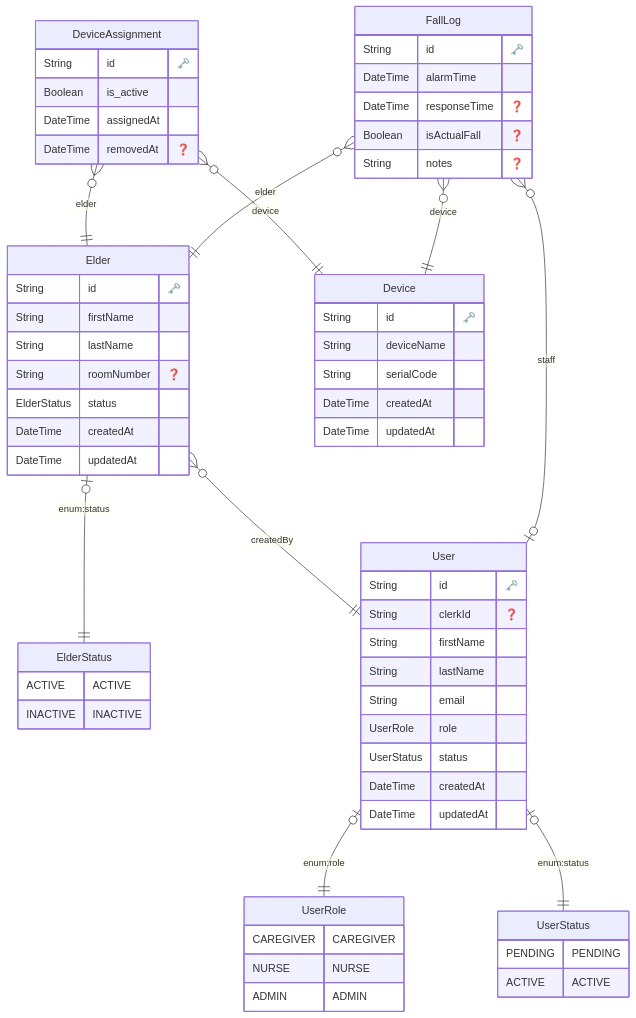
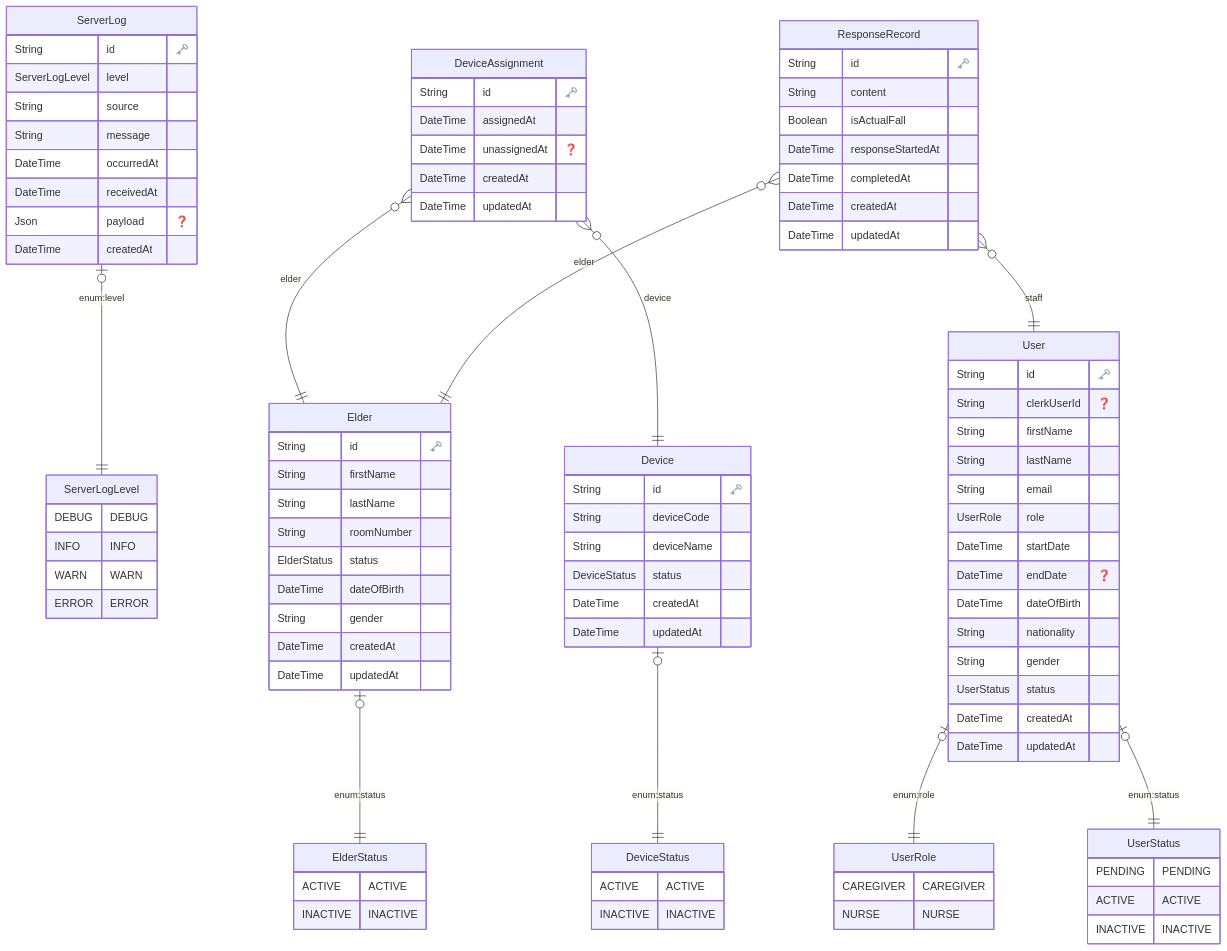
The diagram in main/web/prisma/ERD.md (CCCproject2026/ccc_project_2026), drawn with Mermaid before and after one commit. The commit also changed 9 other files, not shown here.

````diff
--- a/main/web/prisma/ERD.md
+++ b/main/web/prisma/ERD.md
@@ -4,7 +4,6 @@
         UserRole {
             CAREGIVER CAREGIVER
 NURSE NURSE
-ADMIN ADMIN
         }
     
 
@@ -12,6 +11,7 @@
         UserStatus {
             PENDING PENDING
 ACTIVE ACTIVE
+INACTIVE INACTIVE
         }
     
 
@@ -21,13 +21,34 @@
 INACTIVE INACTIVE
         }
     
+
+
+        DeviceStatus {
+            ACTIVE ACTIVE
+INACTIVE INACTIVE
+        }
+    
+
+
+        ServerLogLevel {
+            DEBUG DEBUG
+INFO INFO
+WARN WARN
+ERROR ERROR
+        }
+    
   "User" {
     String id "🗝️"
-    String clerkId "❓"
+    String clerkUserId "❓"
     String firstName 
     String lastName 
     String email 
     UserRole role 
+    DateTime startDate 
+    DateTime endDate "❓"
+    DateTime dateOfBirth 
+    String nationality 
+    String gender 
     UserStatus status 
     DateTime createdAt 
     DateTime updatedAt 
@@ -38,8 +59,10 @@
     String id "🗝️"
     String firstName 
     String lastName 
-    String roomNumber "❓"
+    String roomNumber 
     ElderStatus status 
+    DateTime dateOfBirth 
+    String gender 
     DateTime createdAt 
     DateTime updatedAt 
     }
@@ -47,8 +70,9 @@
 
   "Device" {
     String id "🗝️"
+    String deviceCode 
     String deviceName 
-    String serialCode 
+    DeviceStatus status 
     DateTime createdAt 
     DateTime updatedAt 
     }
@@ -56,27 +80,42 @@
 
   "DeviceAssignment" {
     String id "🗝️"
-    Boolean is_active 
     DateTime assignedAt 
-    DateTime removedAt "❓"
+    DateTime unassignedAt "❓"
+    DateTime createdAt 
+    DateTime updatedAt 
     }
   
 
-  "FallLog" {
+  "ResponseRecord" {
     String id "🗝️"
-    DateTime alarmTime 
-    DateTime responseTime "❓"
-    Boolean isActualFall "❓"
-    String notes "❓"
+    String content 
+    Boolean isActualFall 
+    DateTime responseStartedAt 
+    DateTime completedAt 
+    DateTime createdAt 
+    DateTime updatedAt 
+    }
+  
+
+  "ServerLog" {
+    String id "🗝️"
+    ServerLogLevel level 
+    String source 
+    String message 
+    DateTime occurredAt 
+    DateTime receivedAt 
+    Json payload "❓"
+    DateTime createdAt 
     }
   
     "User" |o--|| "UserRole" : "enum:role"
     "User" |o--|| "UserStatus" : "enum:status"
     "Elder" |o--|| "ElderStatus" : "enum:status"
-    "Elder" }o--|| "User" : "createdBy"
+    "Device" |o--|| "DeviceStatus" : "enum:status"
     "DeviceAssignment" }o--|| "Elder" : "elder"
     "DeviceAssignment" }o--|| "Device" : "device"
-    "FallLog" }o--|| "Elder" : "elder"
-    "FallLog" }o--|| "Device" : "device"
-    "FallLog" }o--|o "User" : "staff"
+    "ResponseRecord" }o--|| "Elder" : "elder"
+    "ResponseRecord" }o--|| "User" : "staff"
+    "ServerLog" |o--|| "ServerLogLevel" : "enum:level"
 ```
````
